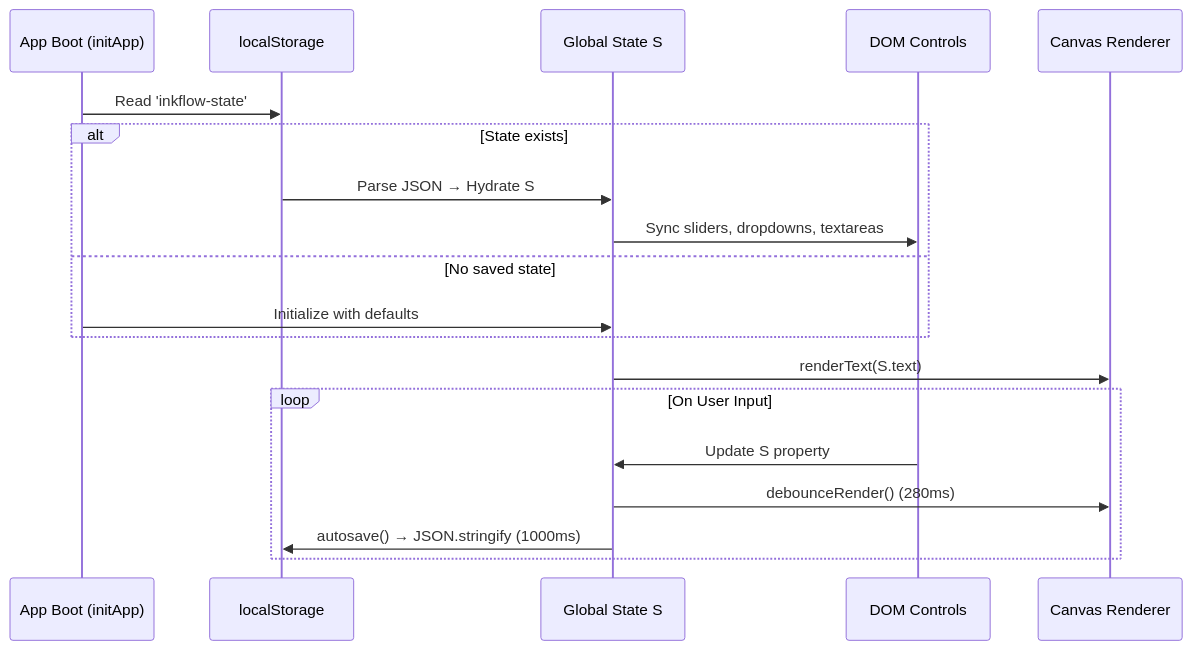
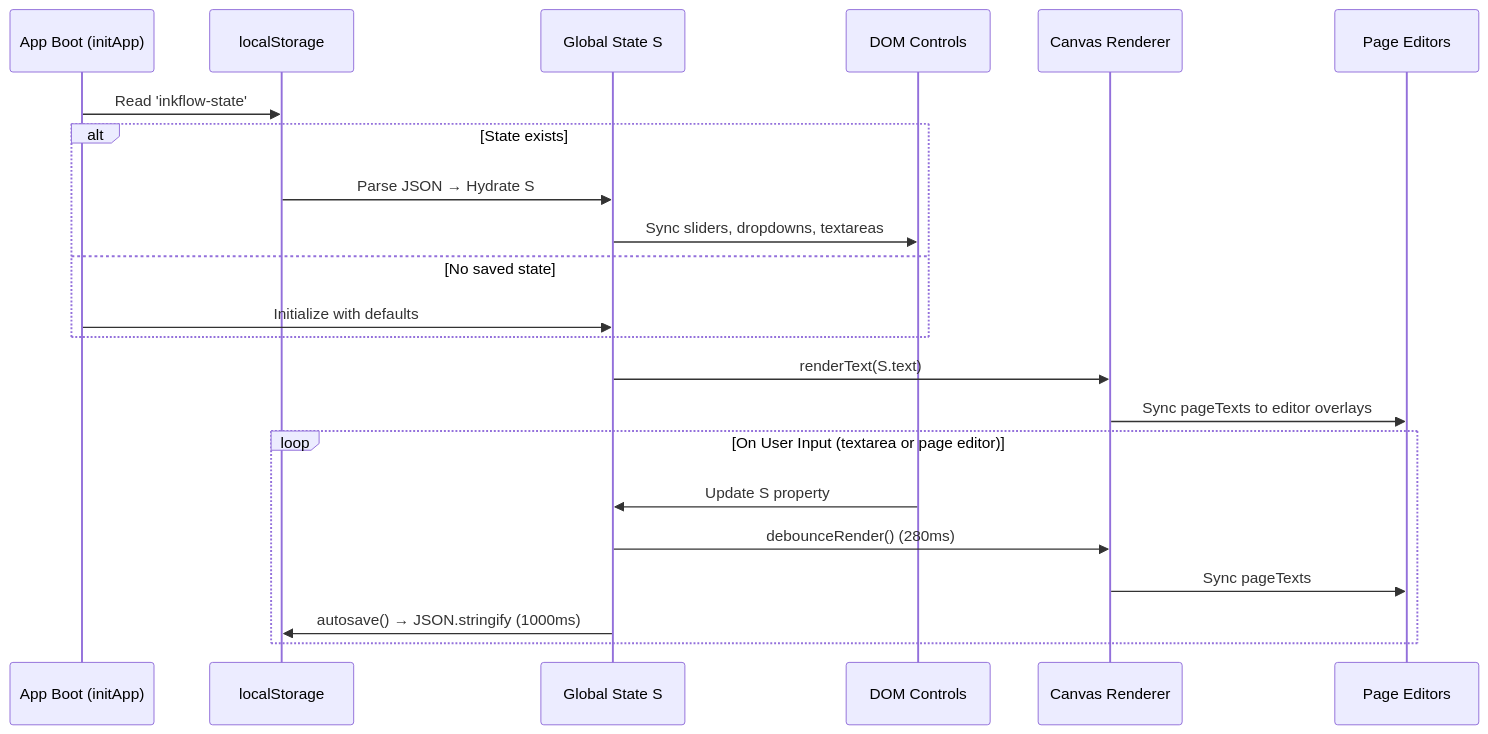
Before and after one commit to VIPHACKER100/Inkflow: the diagram in docs/state-management.md, drawn with Mermaid. The commit also changed other lines of this file and 13 other files, not shown here.

````diff
--- a/docs/state-management.md
+++ b/docs/state-management.md
@@ -32,23 +34,26 @@
 ```mermaid
 sequenceDiagram
     participant Boot as App Boot (initApp)
     participant LS as localStorage
     participant State as Global State S
     participant UI as DOM Controls
     participant Canvas as Canvas Renderer
+    participant Editors as Page Editors
 
     Boot->>LS: Read 'inkflow-state'
     alt State exists
         LS->>State: Parse JSON → Hydrate S
         State->>UI: Sync sliders, dropdowns, textareas
     else No saved state
         Boot->>State: Initialize with defaults
     end
     State->>Canvas: renderText(S.text)
+    Canvas->>Editors: Sync pageTexts to editor overlays
     
-    loop On User Input
+    loop On User Input (textarea or page editor)
         UI->>State: Update S property
         State->>Canvas: debounceRender() (280ms)
+        Canvas->>Editors: Sync pageTexts
         State->>LS: autosave() → JSON.stringify (1000ms)
     end
 ```
````
